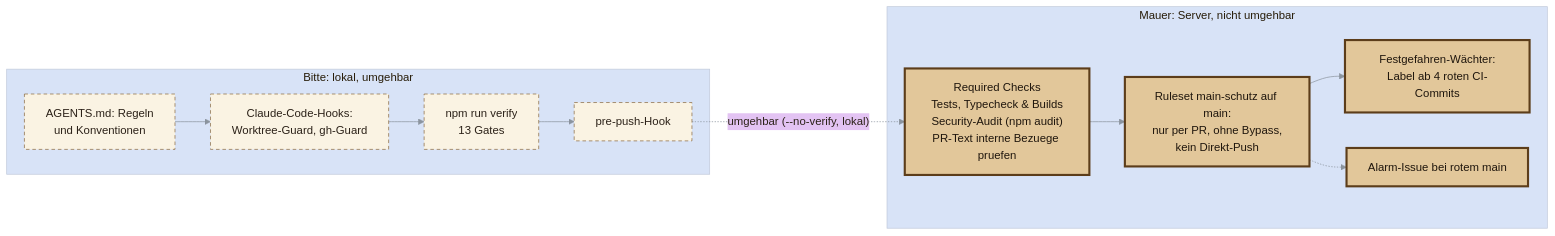
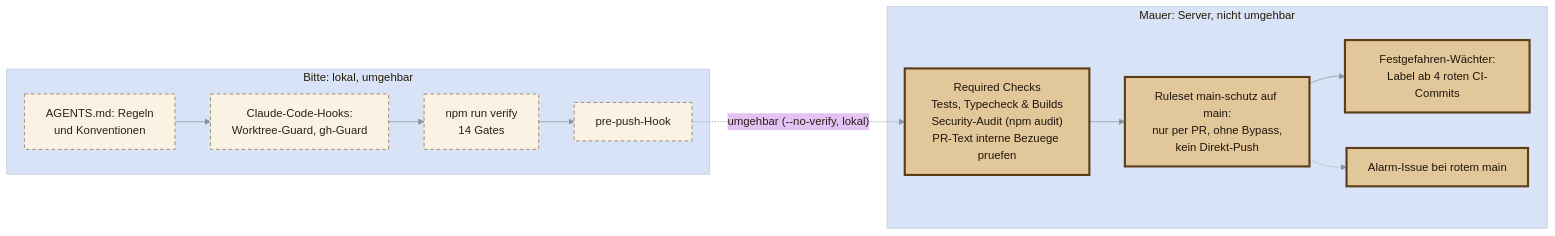
The third of 3 diagrams in docs/agent-harness.md (fluffels/kubernia), drawn with Mermaid before and after one commit. The commit also changed other lines of this file and 15 other files, not shown here.

````diff
--- a/docs/agent-harness.md
+++ b/docs/agent-harness.md
@@ -386,36 +392,36 @@
 ```mermaid
 ---
 config:
   theme: base
   look: classic
   layout: dagre
   themeVariables:
     lineColor: "#8b949e"
     primaryColor: "#f3e3c3"
     primaryTextColor: "#2b2118"
     primaryBorderColor: "#8a6a3f"
 ---
 flowchart LR
   subgraph bitte["Bitte: lokal, umgehbar"]
     regeln["AGENTS.md: Regeln<br/>und Konventionen"]
     hooks["Claude-Code-Hooks:<br/>Worktree-Guard, gh-Guard"]
-    verify["npm run verify<br/>13 Gates"]
+    verify["npm run verify<br/>14 Gates"]
     prepush["pre-push-Hook"]
   end
   subgraph mauer["Mauer: Server, nicht umgehbar"]
     checks["Required Checks<br/>Tests, Typecheck & Builds<br/>Security-Audit (npm audit)<br/>PR-Text interne Bezuege pruefen"]
     ruleset["Ruleset main-schutz auf main:<br/>nur per PR, ohne Bypass,<br/>kein Direkt-Push"]
     wachter["Festgefahren-Wächter:<br/>Label ab 4 roten CI-Commits"]
     alarm["Alarm-Issue bei rotem main"]
   end
   regeln --> hooks --> verify --> prepush
   prepush -. "umgehbar (--no-verify, lokal)" .-> checks
   checks --> ruleset
   ruleset --> wachter
   ruleset -.-> alarm
 
   classDef bittecls fill:#faf3e3,stroke:#8a6a3f,color:#2b2118,stroke-dasharray:5 4
   classDef mauercls fill:#e2c79a,stroke:#5c3d1a,color:#1f160d,stroke-width:3px
   class regeln,hooks,verify,prepush bittecls
   class checks,ruleset,wachter,alarm mauercls
 ```
````
